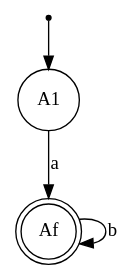
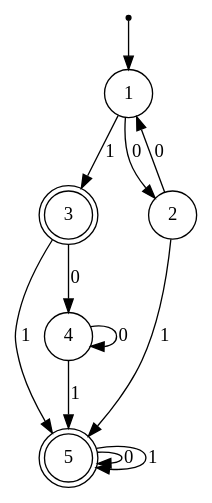
The diagram in examples/graphD.dot (Caramelo18/COMP-Project), drawn with Graphviz before and after one commit. The commit also changed 5 other files, not shown here.

```diff
--- a/examples/graphD.dot
+++ b/examples/graphD.dot
@@ -1,9 +1,17 @@
 digraph finite_state_machine {
     node [shape = point ]; Ai;
-    node [shape = doublecircle]; Af;
+    node [shape = doublecircle]; 3; 5;
 
     node [shape = circle];
-    Ai -> A1;
-    A1 -> Af [ label = "a" ];
-    Af -> Af  [ label = "b" ];
+    Ai -> 1;
+    1 -> 2 [ label = "0" ];
+    1 -> 3 [ label = "1" ];
+    2 -> 1 [ label = "0" ];
+    2 -> 5 [ label = "1" ];
+    3 -> 4 [ label = "0" ];
+    3 -> 5 [ label = "1" ];
+    4 -> 4 [ label = "0" ];
+    4 -> 5 [ label = "1" ];
+    5 -> 5  [ label = "0" ];
+    5 -> 5  [ label = "1" ];
 }
```
